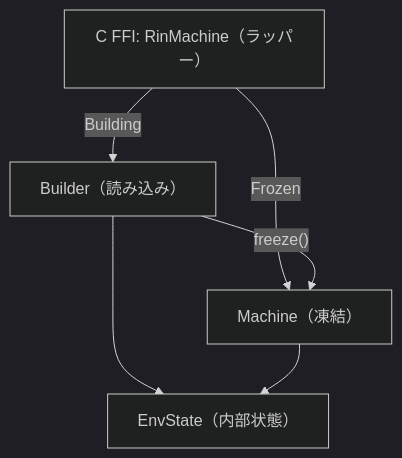
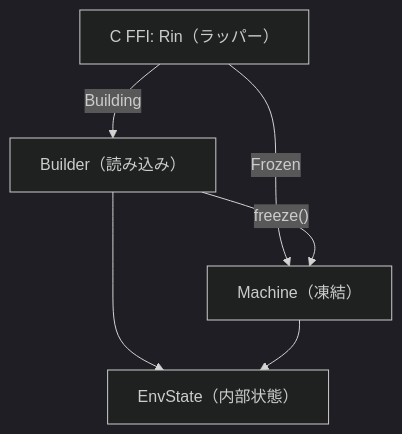
One commit to TappoyGK/rin changed the first of 2 diagrams in docs/architecture.md. Above: the diagram before and after it, drawn with Mermaid (dark theme). The commit also changed other lines of this file and 12 other files, not shown here.

Commit message:
feat: C FFI のハンドル型を Rin へ改名し rin_build・rin_eval_with を追加する (#65)

````diff
--- a/docs/architecture.md
+++ b/docs/architecture.md
@@ -14,8 +14,8 @@
 ```mermaid
 flowchart TD
-    F["C FFI: RinMachine（ラッパー）"] -->|"Building"| B["Builder（読み込み）"]
+    F["C FFI: Rin（ラッパー）"] -->|"Building"| B["Builder（読み込み）"]
     F -->|"Frozen"| M["Machine（凍結）"]
     B -->|"freeze()"| M
     B --> E["EnvState（内部状態）"]
     M --> E
 ```
````
